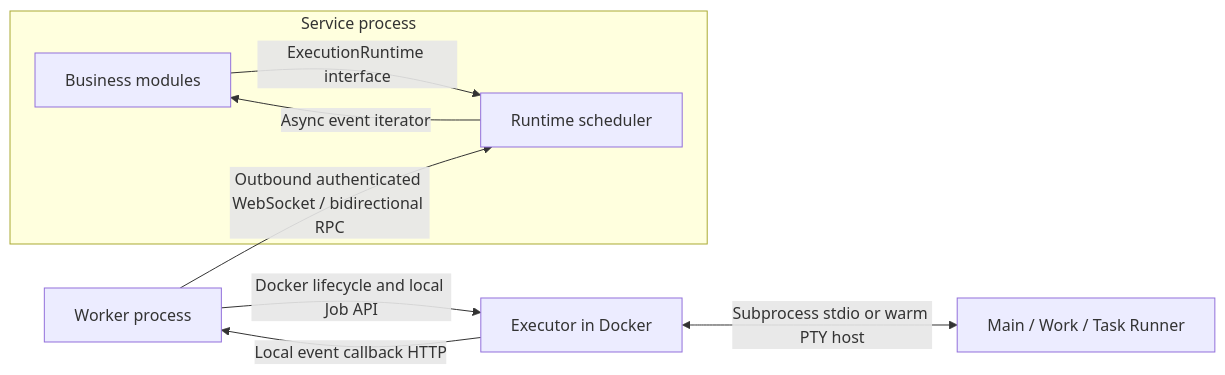
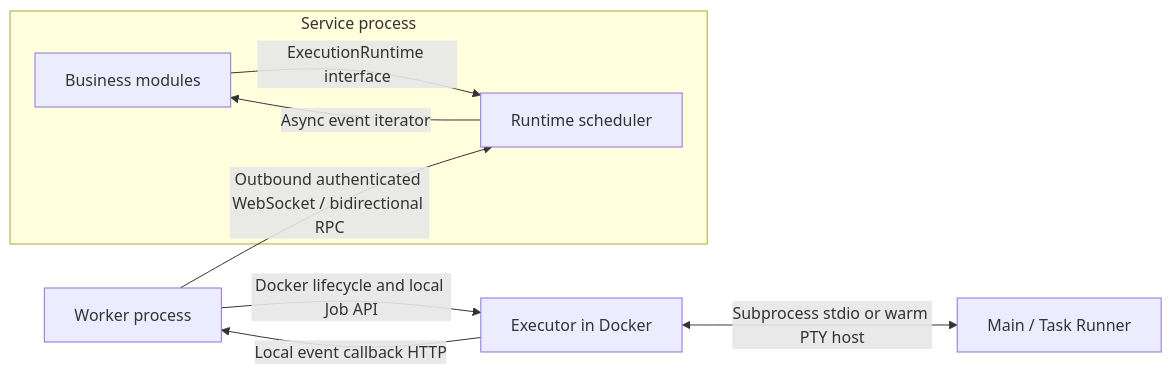
One commit to blingbiubiu-ai/luna changed the diagram in docs/designs/execution-runtime-foundation.md. Above: the diagram before and after it, drawn with Mermaid. The commit also changed other lines of this file and 100 other files, not shown here.

Commit message:
refactor: remove work runner pipeline

````diff
--- a/docs/designs/execution-runtime-foundation.md
+++ b/docs/designs/execution-runtime-foundation.md
@@ -71,11 +71,11 @@
 ```mermaid
 flowchart LR
  subgraph ServiceProcess[Service process]
  S[Business modules] -->|ExecutionRuntime interface| R[Runtime scheduler]
  R -->|Async event iterator| S
  end
  W[Worker process] -->|Outbound authenticated WebSocket / bidirectional RPC| R
  W -->|Docker lifecycle and local Job API| E[Executor in Docker]
  E -->|Local event callback HTTP| W
- E <-->|Subprocess stdio or warm PTY host| P[Main / Work / Task Runner]
+ E <-->|Subprocess stdio or warm PTY host| P[Main / Task Runner]
 ```
````
